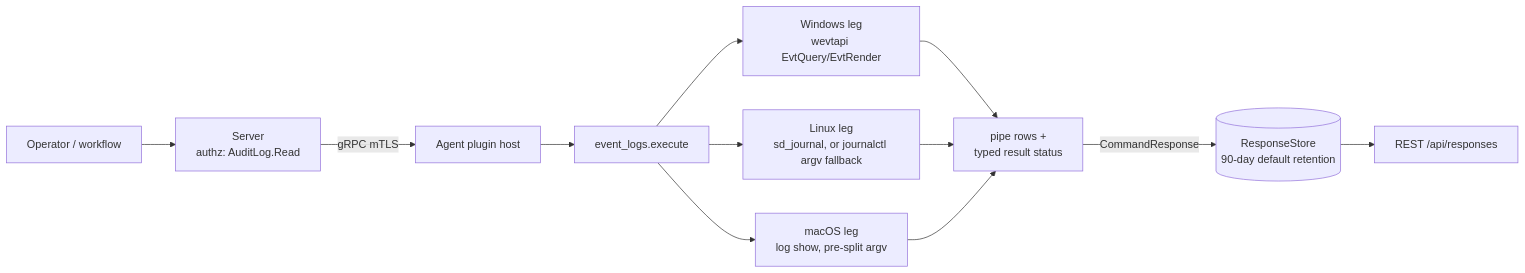
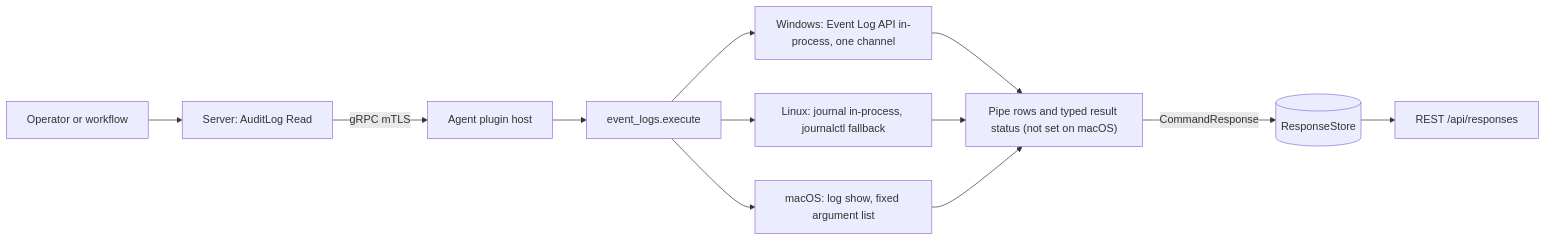
The first of 3 diagrams in agents/plugins/event_logs/README.md (DevNullLtd/Yuzu), drawn with Mermaid before and after one commit. The commit also changed other lines of this file and 9 other files, not shown here.

Commit message:
docs(plugins): refresh the event_logs, disk_actions, power_health, software_actions and script_exec READMEs

````diff
--- a/agents/plugins/event_logs/README.md
+++ b/agents/plugins/event_logs/README.md
@@ -23,11 +21,11 @@
 ```mermaid
 flowchart LR
-  OP[Operator / workflow] --> SRV[Server<br/>authz: AuditLog.Read]
-  SRV -- gRPC mTLS --> HOST[Agent plugin host] --> EX[event_logs.execute]
-  EX --> WIN[Windows leg<br/>wevtapi EvtQuery/EvtRender]
-  EX --> LIN[Linux leg<br/>sd_journal, or journalctl argv fallback]
-  EX --> MAC[macOS leg<br/>log show, pre-split argv]
-  WIN & LIN & MAC --> ROWS[pipe rows +<br/>typed result status]
-  ROWS -- CommandResponse --> RS[(ResponseStore<br/>90-day default retention)]
-  RS --> API[REST /api/responses]
+  OP["Operator or workflow"] --> SRV["Server: AuditLog Read"]
+  SRV -- "gRPC mTLS" --> HOST["Agent plugin host"] --> EX["event_logs.execute"]
+  EX --> WIN["Windows: Event Log API in-process, one channel"]
+  EX --> LIN["Linux: journal in-process, journalctl fallback"]
+  EX --> MAC["macOS: log show, fixed argument list"]
+  WIN & LIN & MAC --> ROWS["Pipe rows and typed result status (not set on macOS)"]
+  ROWS -- "CommandResponse" --> RS[("ResponseStore")]
+  RS --> API["REST /api/responses"]
 ```
````
